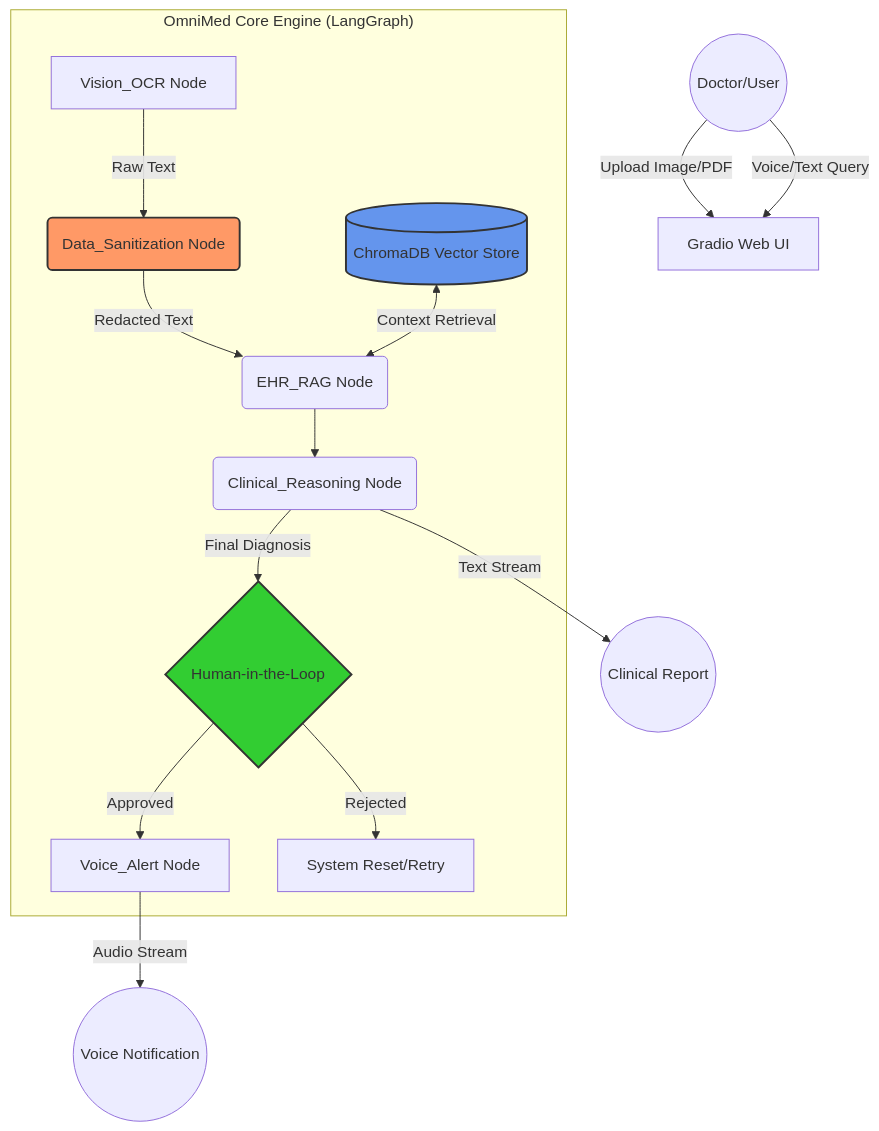
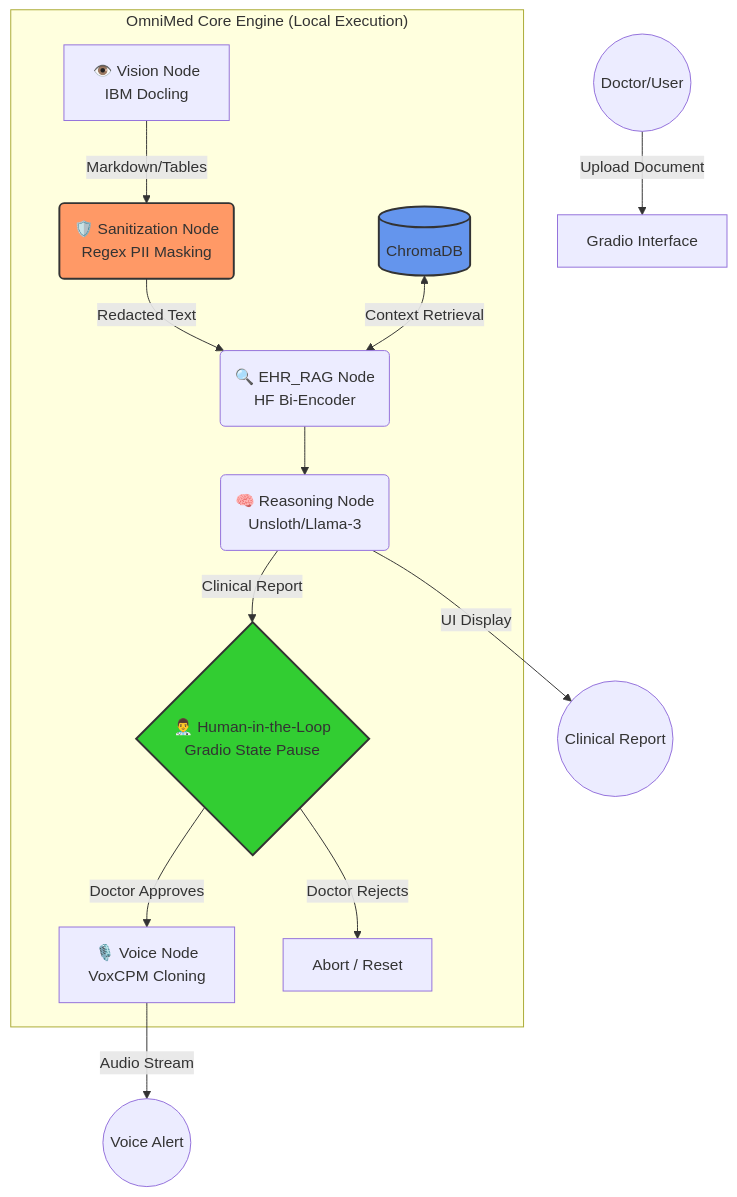
One commit to cantricao/OmniMed-Agent-OS changed the diagram in README.md. Above: the diagram before and after it, drawn with Mermaid. The commit also changed other lines of this file and 3 other files, not shown here.

Commit message:
docs: finalize enterprise-grade README with LangGraph architecture, VRAM optimization highlights, and honest known limitations

````diff
--- a/README.md
+++ b/README.md
@@ -23,32 +25,30 @@
 ```mermaid
 graph TD
     %% Input Layer
-    User((Doctor/User)) -->|Upload Image/PDF| App[Gradio Web UI]
-    User -->|Voice/Text Query| App
+    User((Doctor/User)) -->|Upload Document| App[Gradio Interface]
 
-    subgraph "OmniMed Core Engine (LangGraph)"
+    subgraph "OmniMed Core Engine (Local Execution)"
         %% Process Nodes
-        A[Vision_OCR Node] -->|Raw Text| B(Data_Sanitization Node)
-        B -->|Redacted Text| C(EHR_RAG Node)
+        A[👁️ Vision Node <br> IBM Docling] -->|Markdown/Tables| B(🛡️ Sanitization Node <br> Regex PII Masking)
+        B -->|Redacted Text| C(🔍 EHR_RAG Node <br> HF Bi-Encoder)
         
         %% Database & Models
-        D[(ChromaDB Vector Store)] <-->|Context Retrieval| C
-        C --> E(Clinical_Reasoning Node)
+        D[(ChromaDB)] <-->|Context Retrieval| C
+        C --> E(🧠 Reasoning Node <br> Unsloth/Llama-3)
         
-        %% Security & Control
-        E -->|Final Diagnosis| F{Human-in-the-Loop}
+        %% HITL Compliance
+        E -->|Clinical Report| F{👨‍⚕️ Human-in-the-Loop <br> Gradio State Pause}
         
         %% Outputs
-        F -->|Approved| G[Voice_Alert Node]
-        F -->|Rejected| H[System Reset/Retry]
+        F -->|Doctor Approves| G[🎙️ Voice Node <br> VoxCPM Cloning]
+        F -->|Doctor Rejects| H[Abort / Reset]
     end
 
     %% Final Outputs
-    G -->|Audio Stream| Out1((Voice Notification))
-    E -->|Text Stream| Out2((Clinical Report))
+    G -->|Audio Stream| Out1((Voice Alert))
+    E -->|UI Display| Out2((Clinical Report))
 
-    %% Styling
     style B fill:#f96,stroke:#333,stroke-width:2px
     style F fill:#32CD32,stroke:#333,stroke-width:2px
     style D fill:#6495ED,stroke:#333,stroke-width:2px
-  ```
+```
````
